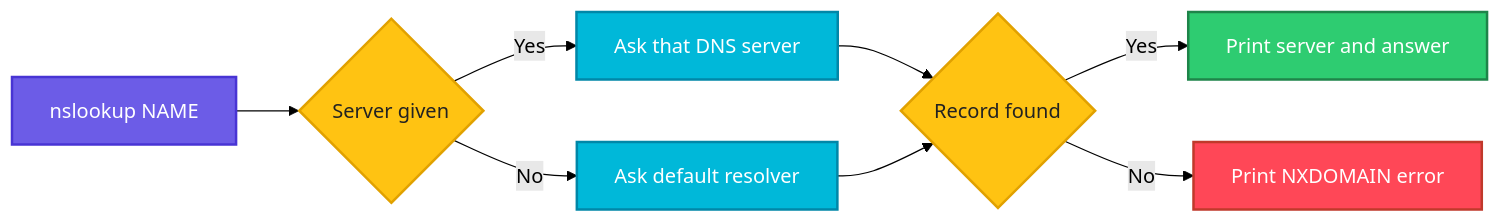
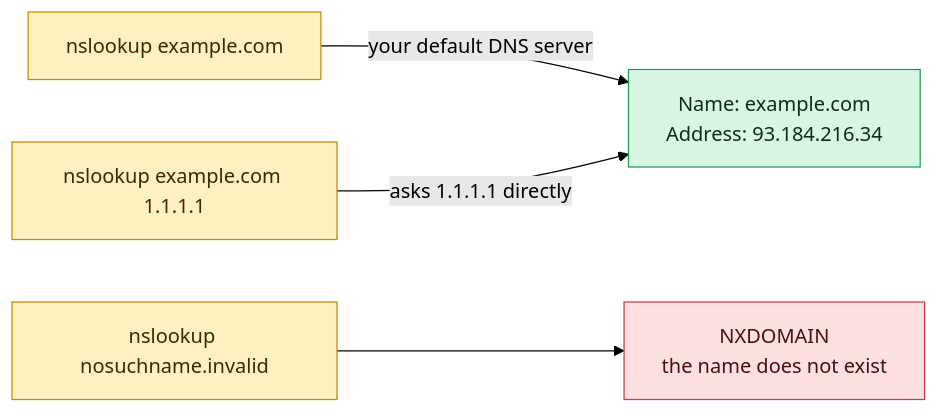
The diagram in linux/networking/nslookup.md (codeKerdosTech/DevOps-Documentation), drawn with Mermaid (forest theme) before and after one commit. The commit also changed other lines of this file and 165 other files, not shown here.

Commit message:
updated diagrams in linux

````diff
--- a/linux/networking/nslookup.md
+++ b/linux/networking/nslookup.md
@@ -14,22 +14,14 @@
 ```mermaid
 flowchart LR
-    A[nslookup NAME] --> B{Server given}
-    B -->|Yes| C[Ask that DNS server]
-    B -->|No| D[Ask default resolver]
-    C --> E{Record found}
-    D --> E
-    E -->|Yes| F[Print server and answer]
-    E -->|No| G[Print NXDOMAIN error]
-    classDef start fill:#6C5CE7,stroke:#4834D4,stroke-width:2px,color:#fff
-    classDef proc fill:#00B8D9,stroke:#0087A8,stroke-width:2px,color:#fff
-    classDef dec fill:#FFC312,stroke:#E1A100,stroke-width:2px,color:#222
-    classDef ok fill:#2ECC71,stroke:#1E8449,stroke-width:2px,color:#fff
-    classDef err fill:#FF4757,stroke:#C0392B,stroke-width:2px,color:#fff
-    classDef out fill:#FD79A8,stroke:#E84393,stroke-width:2px,color:#fff
-    classDef alt fill:#FF9F43,stroke:#E67E22,stroke-width:2px,color:#fff
-    class A start
-    class B,E dec
-    class C,D proc
-    class F ok
-    class G err
+    c1[nslookup example.com] -->|your default DNS server| o1[Name: example.com<br/>Address: 93.184.216.34]
+    c2[nslookup example.com 1.1.1.1] -->|asks 1.1.1.1 directly| o1
+    c3[nslookup nosuchname.invalid] --> x1[NXDOMAIN<br/>the name does not exist]
+    classDef inp fill:#DCEBFF,stroke:#2F6FDE,color:#10213F
+    classDef cmd fill:#FFF0C2,stroke:#C98A00,color:#3A2A00
+    classDef out fill:#D9F5E3,stroke:#1F9D55,color:#0B2E1A
+    classDef bad fill:#FDE0E0,stroke:#D13B3B,color:#4A0F0F
+    classDef note fill:#ECEFF3,stroke:#7B8794,color:#1F2933
+    class c1,c2,c3 cmd
+    class o1 out
+    class x1 bad
 ```
````
